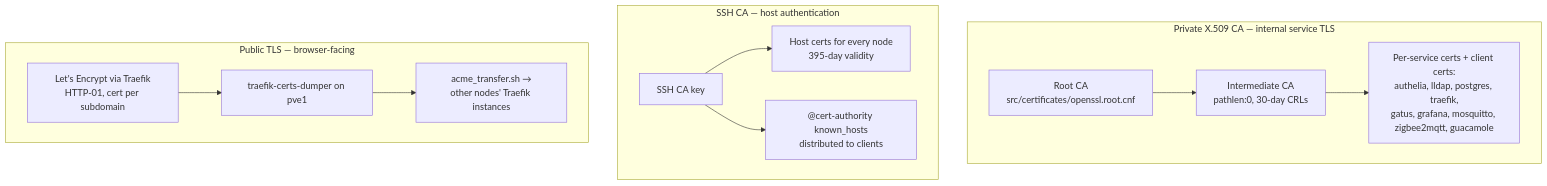
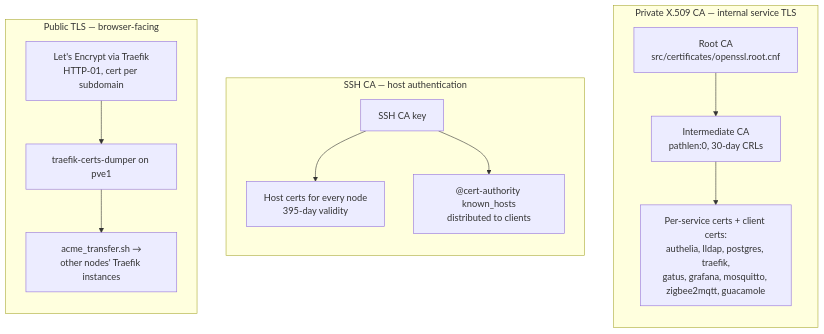
The second of 2 diagrams in docs/security.md (babraham123/homelab), drawn with Mermaid before and after one commit. The commit also changed 8 other files, not shown here.

````diff
--- a/docs/security.md
+++ b/docs/security.md
@@ -108,22 +108,25 @@
 ```mermaid
 flowchart TB
     subgraph x509["Private X.509 CA — internal service TLS"]
+        direction TB
         root["Root CA<br/>src/certificates/openssl.root.cnf"]
         inter["Intermediate CA<br/>pathlen:0, 30-day CRLs"]
         svc["Per-service certs + client certs:<br/>authelia, lldap, postgres, traefik,<br/>gatus, grafana, mosquitto, zigbee2mqtt, guacamole"]
         root --> inter --> svc
     end
     subgraph ssh["SSH CA — host authentication"]
+        direction TB
         sshca["SSH CA key"]
         hosts["Host certs for every node<br/>395-day validity"]
         known["@cert-authority known_hosts<br/>distributed to clients"]
         sshca --> hosts
         sshca --> known
     end
     subgraph public["Public TLS — browser-facing"]
+        direction TB
         le["Let's Encrypt via Traefik<br/>HTTP-01, cert per subdomain"]
         dumper["traefik-certs-dumper on pve1"]
         xfer["acme_transfer.sh →<br/>other nodes' Traefik instances"]
         le --> dumper --> xfer
     end
 ```
````
